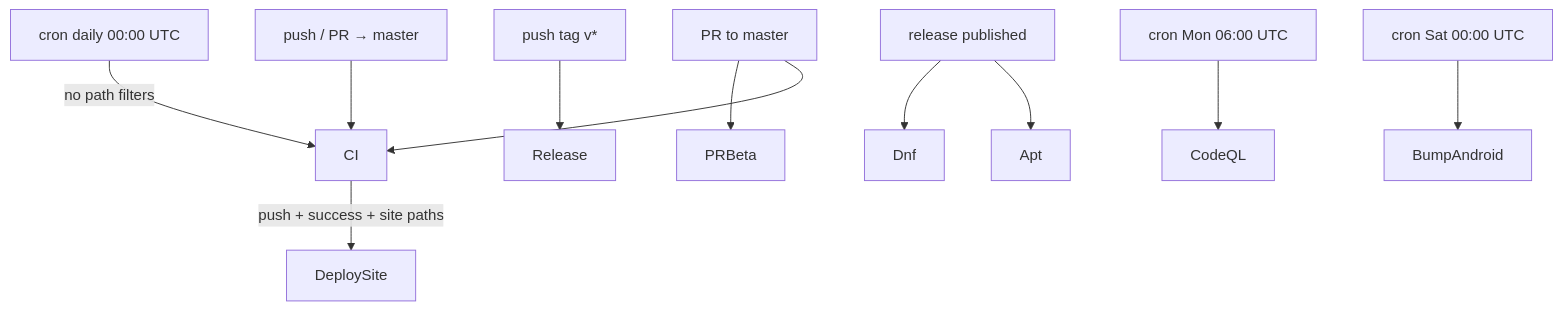
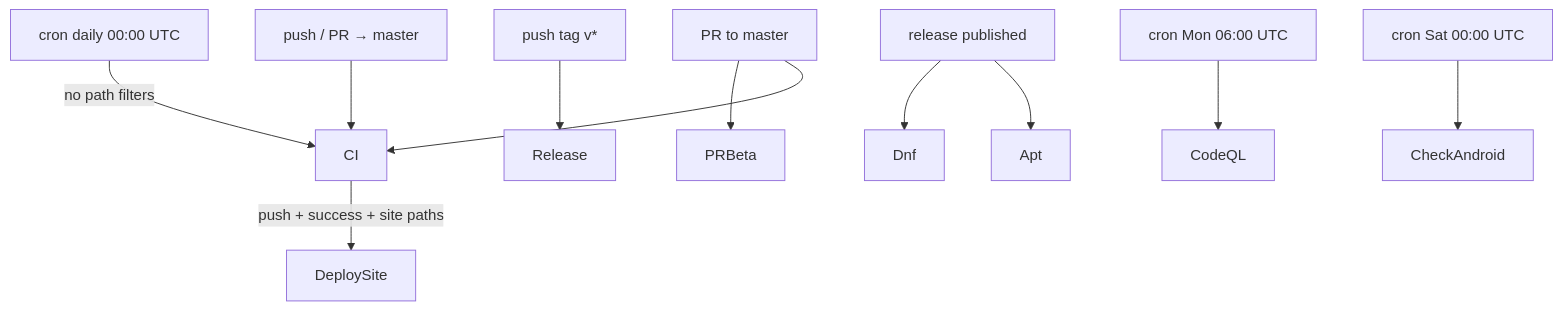
One commit to themadorg/bedrud changed the first of 4 diagrams in docs/developer/ci.md. Above: the diagram before and after it, drawn with Mermaid. The commit also changed other lines of this file and 2 other files, not shown here.

````diff
--- a/docs/developer/ci.md
+++ b/docs/developer/ci.md
@@ -9,20 +9,20 @@
 ```mermaid
 flowchart TB
   push["push / PR → master"]
   tag["push tag v*"]
   cronQ["cron Mon 06:00 UTC"]
   cronS["cron Sat 00:00 UTC"]
   cronCI["cron daily 00:00 UTC"]
   relPub["release published"]
 
   push --> CI
   cronCI -->|no path filters| CI
   CI -->|push + success + site paths| DeploySite
   tag --> Release
   relPub --> Apt
   relPub --> Dnf
   cronQ --> CodeQL
-  cronS --> BumpAndroid
+  cronS --> CheckAndroid
   PR["PR to master"] --> CI
   PR --> PRBeta
 ```
````
